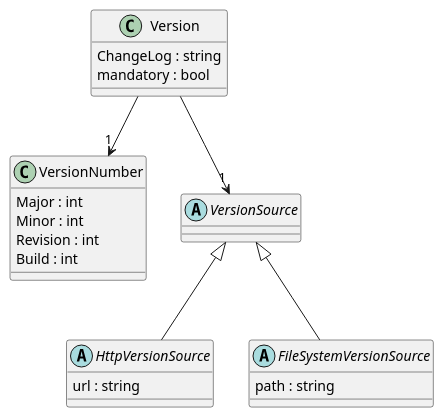
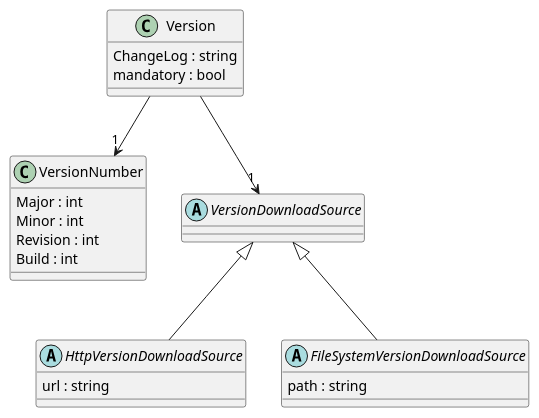
The diagram in doc/diagrams/data.md (jasase/autoupdate.net), drawn with PlantUML before and after one commit. The commit also changed 9 other files, not shown here.

Commit message:
Renamed VersionSource of data model to VersionDownloadSource to avoid mixing it with service IVersionSource

```diff
--- a/doc/diagrams/data.md
+++ b/doc/diagrams/data.md
@@ -1,33 +1,33 @@
 @startuml
 
 class Version {
     ChangeLog : string
     mandatory : bool
 }
 
 class VersionNumber {
     Major : int
     Minor : int
     Revision : int
     Build : int
 }
 
-abstract class VersionSource {
+abstract class VersionDownloadSource {
 
 }
 
-abstract class HttpVersionSource {
+abstract class HttpVersionDownloadSource {
     url : string
 }
 
-abstract class FileSystemVersionSource {
+abstract class FileSystemVersionDownloadSource {
     path : string
 }
 
-VersionSource <|-- HttpVersionSource
-VersionSource <|-- FileSystemVersionSource
+VersionDownloadSource <|-- HttpVersionDownloadSource
+VersionDownloadSource <|-- FileSystemVersionDownloadSource
 
 Version --> "1" VersionNumber
-Version --> "1" VersionSource
+Version --> "1" VersionDownloadSource
 
 @enduml
```
